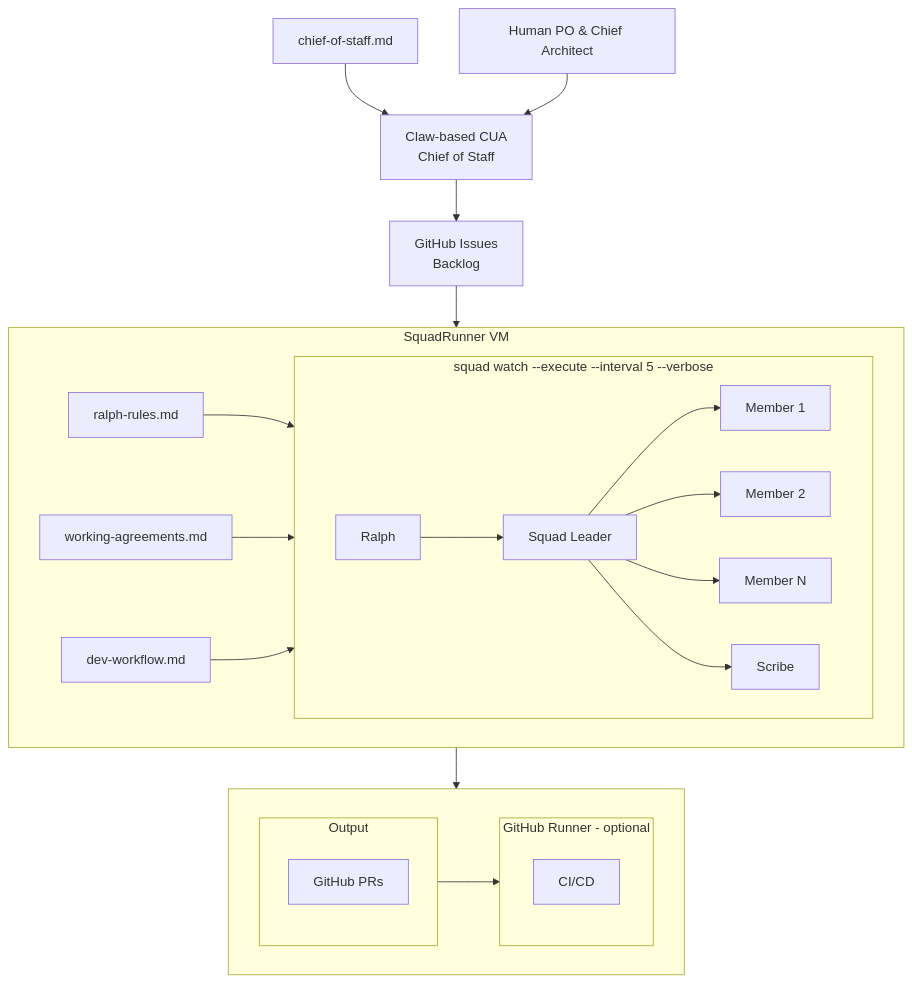
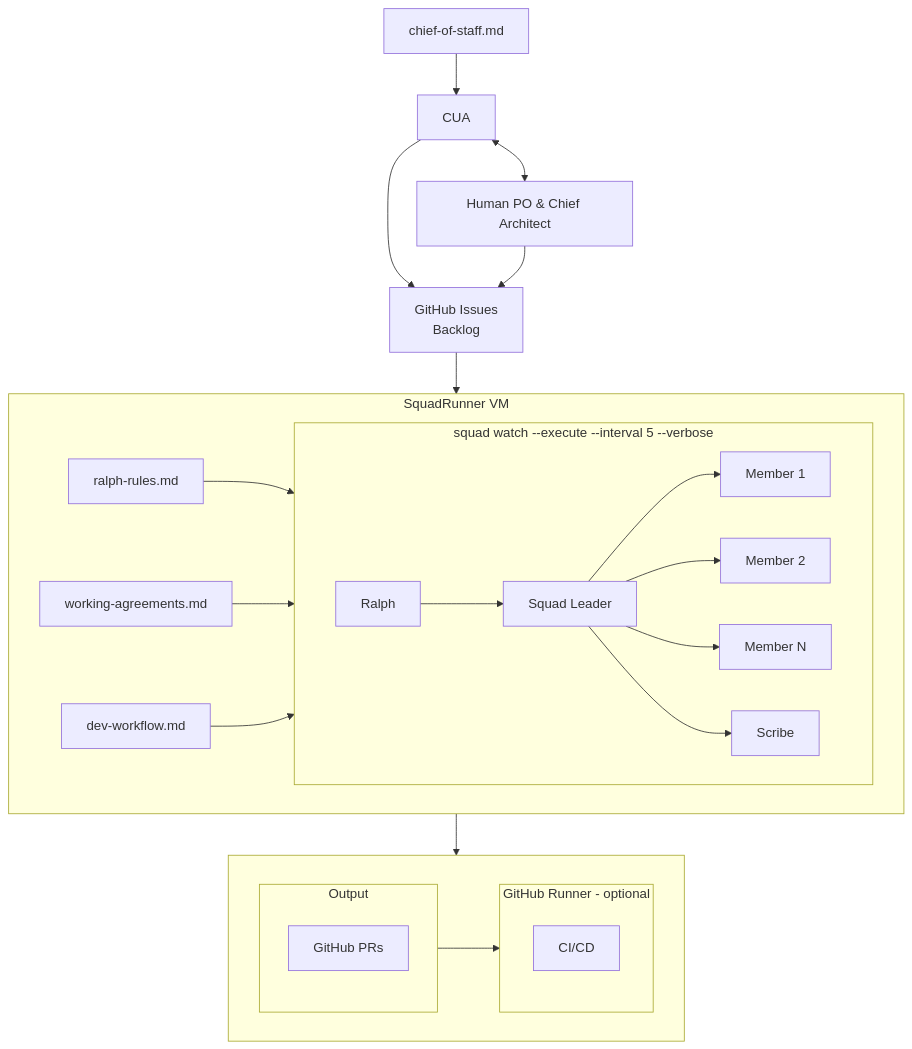
One commit to TheeUnderdog/SquadRunner changed the diagram in README.md. Above: the diagram before and after it, drawn with Mermaid.

Commit message:
Update flowchart to include Human PO connection

````diff
--- a/README.md
+++ b/README.md
@@ -9,35 +9,34 @@
 ```mermaid
 flowchart TD
     COS[chief-of-staff.md] --> CUA
-    H[Human PO & Chief Architect] --> CUA[Claw-based CUA<br/>Chief of Staff]
     CUA --> GH[GitHub Issues<br/>Backlog]
-    
+    CUA <--> H[Human PO & Chief Architect] --> GH[GitHub Issues<br/>Backlog]
 GH --> VM
     
     subgraph VM[SquadRunner VM]
         RR[ralph-rules.md] --> SW
         WA[working-agreements.md] --> SW
         DW[dev-workflow.md] --> SW
         subgraph SW[squad watch --execute --interval 5 --verbose]
             direction LR
             R[Ralph] --> SL[Squad Leader]
             SL --> M1[Member 1]
             SL --> M2[Member 2]
             SL --> MN[Member N]
             SL --> SC[Scribe]
         end
     end
     
     VM --> Bottom
     
     subgraph Bottom[ ]
         direction LR
         subgraph Output
             PR[GitHub PRs]
         end
         Output --> Runner
         subgraph Runner[GitHub Runner - optional]
             CI[CI/CD]
         end
     end
 ```
````
